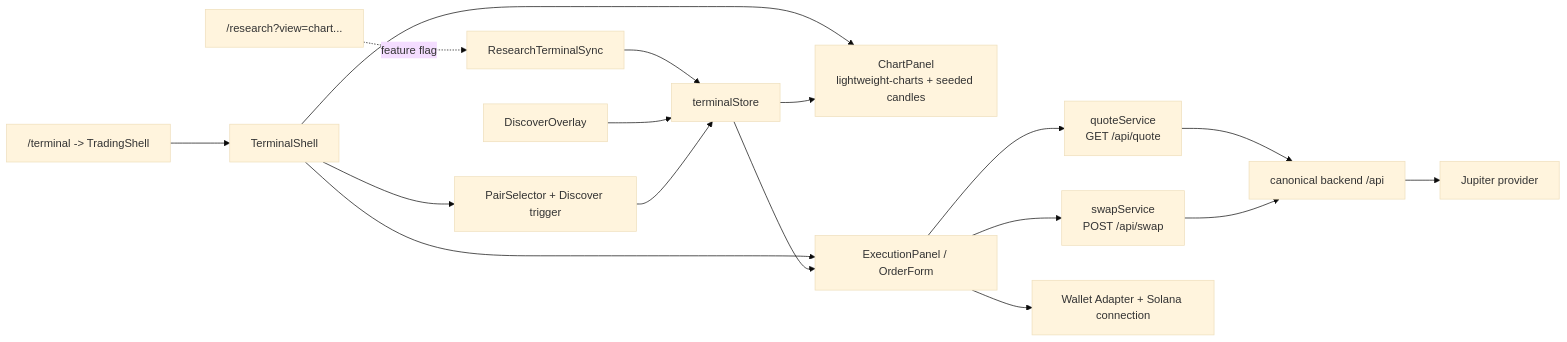
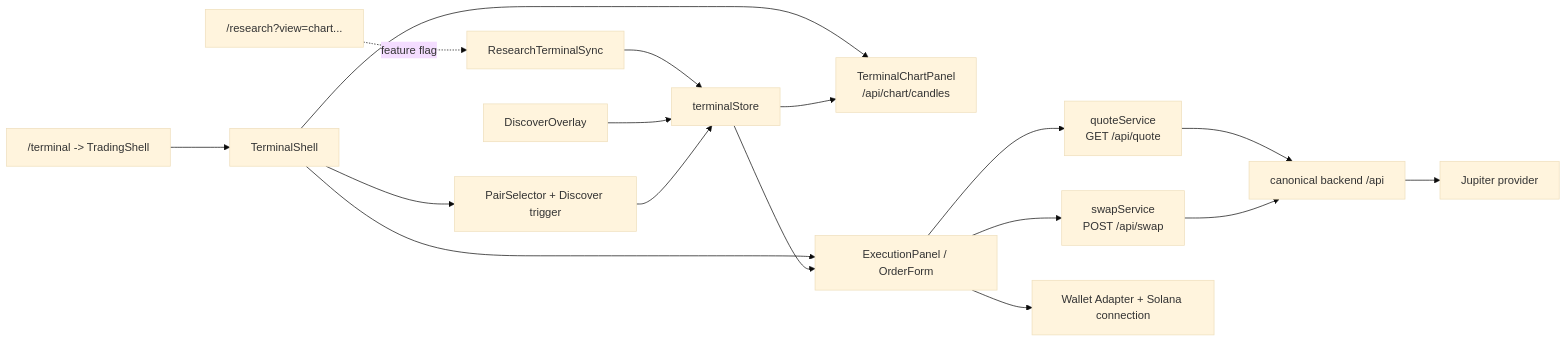
The first of 3 diagrams in docs/TERMINAL.md (baum777/Sparkfined-TradeApp), drawn with Mermaid (base theme) before and after one commit. The commit also changed other lines of this file and 8 other files, not shown here.

Commit message:
feat: wire terminal chart and quick amounts

````diff
--- a/docs/TERMINAL.md
+++ b/docs/TERMINAL.md
@@ -28,19 +28,19 @@
 ```mermaid
 flowchart LR
     TerminalRoute["/terminal -> TradingShell"] --> Shell["TerminalShell"]
     ResearchRoute["/research?view=chart..."] -. "feature flag" .-> Sync["ResearchTerminalSync"]
     Sync --> Store["terminalStore"]
     Discover["DiscoverOverlay"] --> Store
     Shell --> Pair["PairSelector + Discover trigger"]
     Pair --> Store
-    Shell --> Chart["ChartPanel\nlightweight-charts + seeded candles"]
+    Shell --> Chart["TerminalChartPanel\n/api/chart/candles"]
     Shell --> Exec["ExecutionPanel / OrderForm"]
     Store --> Chart
     Store --> Exec
     Exec --> Quote["quoteService\nGET /api/quote"]
     Exec --> Swap["swapService\nPOST /api/swap"]
     Quote --> Backend["canonical backend /api"]
     Swap --> Backend
     Backend --> Jupiter["Jupiter provider"]
     Exec --> Wallet["Wallet Adapter + Solana connection"]
 ```
````
